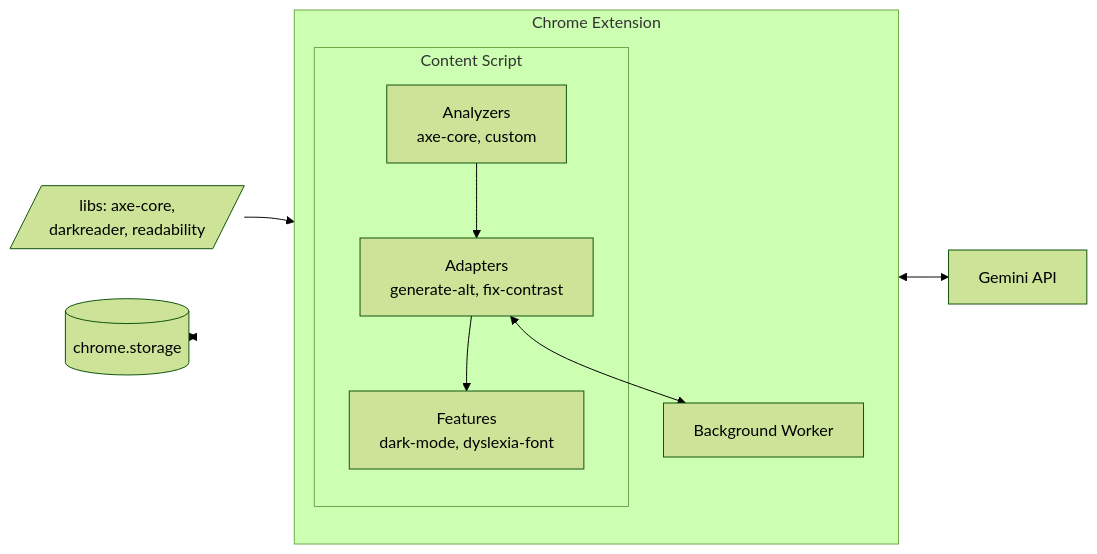
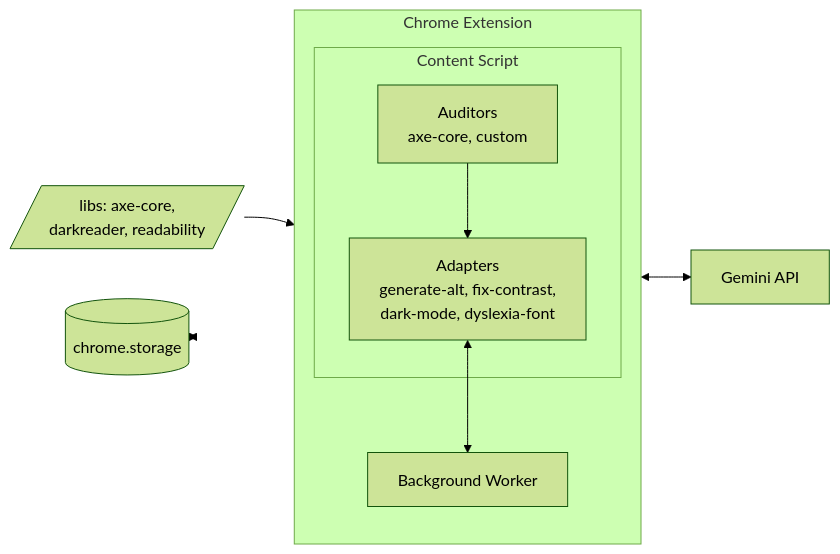
One commit to AI-for-Accessibility-Collective/AI-for-Accessibility-Toolkit changed the second of 2 diagrams in docs/architecture.md. Above: the diagram before and after it, drawn with Mermaid (forest theme). The commit also changed other lines of this file and 7 other files, not shown here.

````diff
--- a/docs/architecture.md
+++ b/docs/architecture.md
@@ -68,21 +68,20 @@
 ```mermaid
 flowchart LR
     subgraph Extension[Chrome Extension]
         direction TB
         subgraph Content[Content Script]
-            Analyzers[Analyzers<br/>axe-core, custom]
-            Adapters[Adapters<br/>generate-alt, fix-contrast]
-            Features[Features<br/>dark-mode, dyslexia-font]
+            Auditors[Auditors<br/>axe-core, custom]
+            Adapters[Adapters<br/>generate-alt, fix-contrast,<br/>dark-mode, dyslexia-font]
         end
         BG[Background Worker]
     end
     
     Storage[(chrome.storage)]
     Gemini[Gemini API]
     Libs[/libs: axe-core,<br/>darkreader, readability/]
     
-    Libs --> Analyzers
-    Analyzers --> Adapters --> Features
+    Libs --> Auditors
+    Auditors --> Adapters
     Storage <--> Content
     Adapters <--> BG <--> Gemini
 ```
````
